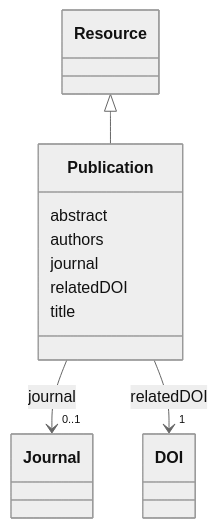
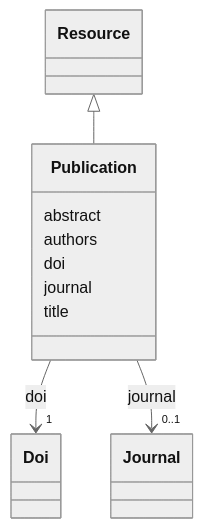
Before and after one commit to EVORA-project/evora-ontology: the diagram in models/docs/Publication.md, drawn with Mermaid (neutral theme). The commit also changed other lines of this file and 650 other files, not shown here.

````diff
--- a/models/docs/Publication.md
+++ b/models/docs/Publication.md
@@ -19,33 +19,33 @@
 ```mermaid
  classDiagram
     class Publication
     click Publication href "../Publication"
       Resource <|-- Publication
         click Resource href "../Resource"
       
       Publication : abstract
         
       Publication : authors
         
+      Publication : doi
+        
+          
+    
+    
+    Publication --> "1" Doi : doi
+    click Doi href "../Doi"
+
+        
       Publication : journal
         
           
     
     
     Publication --> "0..1" Journal : journal
     click Journal href "../Journal"
 
         
-      Publication : relatedDOI
-        
-          
-    
-    
-    Publication --> "1" DOI : relatedDOI
-    click DOI href "../DOI"
-
-        
       Publication : title
         
       
 ```
````
